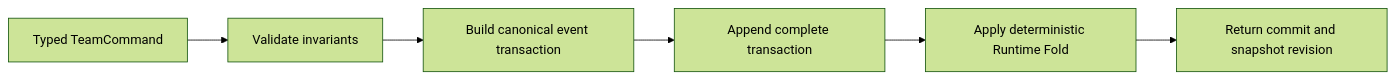
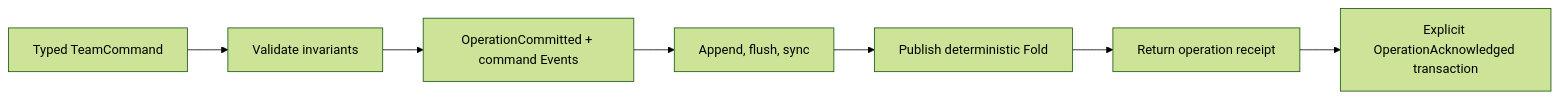
Before and after one commit to ReiSuzunami/greentyper-ci: the diagram in docs/agent-orchestration.md, drawn with Mermaid (forest theme). The commit also changed other lines of this file and 10 other files, not shown here.

````diff
--- a/docs/agent-orchestration.md
+++ b/docs/agent-orchestration.md
@@ -47,8 +49,9 @@
 ```mermaid
 flowchart LR
     C["Typed TeamCommand"] --> V["Validate invariants"]
-    V --> E["Build canonical event transaction"]
-    E --> L["Append complete transaction"]
-    L --> F["Apply deterministic Runtime Fold"]
-    F --> R["Return commit and snapshot revision"]
+    V --> E["OperationCommitted + command Events"]
+    E --> L["Append, flush, sync"]
+    L --> F["Publish deterministic Fold"]
+    F --> R["Return operation receipt"]
+    R --> A["Explicit OperationAcknowledged transaction"]
 ```
````
